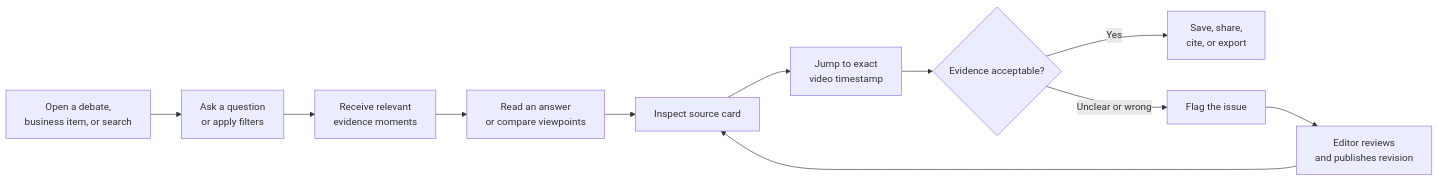
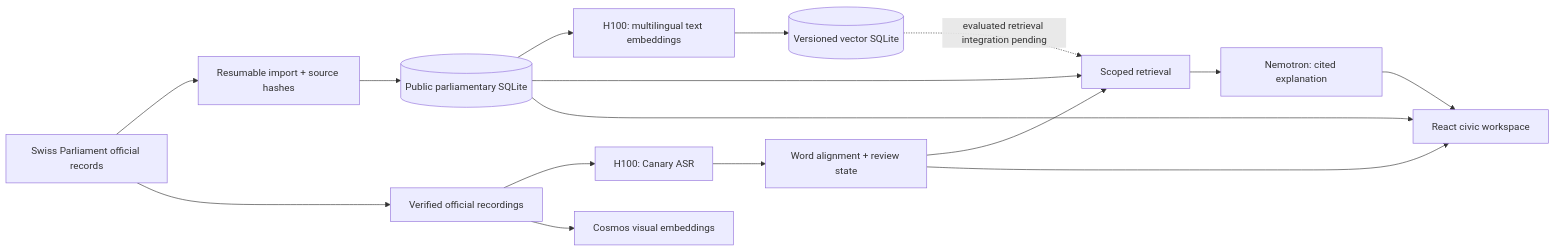
The first of 2 diagrams in README.md (Swiss-ai-Weeks/swiss-parliament-intelligence), drawn with Mermaid before and after one commit. The commit also changed other lines of this file and 19 other files, not shown here.

Commit message:
Prepare isolated Swiss release and persist full public text embeddings

````diff
--- a/README.md
+++ b/README.md
@@ -136,13 +89,18 @@
 ```mermaid
 flowchart LR
-    A[Open a debate,<br/>business item, or search] --> B[Ask a question<br/>or apply filters]
-    B --> C[Receive relevant<br/>evidence moments]
-    C --> D[Read an answer<br/>or compare viewpoints]
-    D --> E[Inspect source card]
-    E --> F[Jump to exact<br/>video timestamp]
-    F --> G{Evidence acceptable?}
-    G -->|Yes| H[Save, share,<br/>cite, or export]
-    G -->|Unclear or wrong| I[Flag the issue]
-    I --> J[Editor reviews<br/>and publishes revision]
-    J --> E
+    A[Swiss Parliament official records] --> B[Resumable import + source hashes]
+    B --> C[(Public parliamentary SQLite)]
+    A --> D[Verified official recordings]
+    D --> E[H100: Canary ASR]
+    E --> F[Word alignment + review state]
+    C --> G[H100: multilingual text embeddings]
+    G --> H[(Versioned vector SQLite)]
+    D --> I[Cosmos visual embeddings]
+    C --> J[Scoped retrieval]
+    F --> J
+    J --> K[Nemotron: cited explanation]
+    K --> L[React civic workspace]
+    C --> L
+    F --> L
+    H -. evaluated retrieval integration pending .-> J
 ```
````
